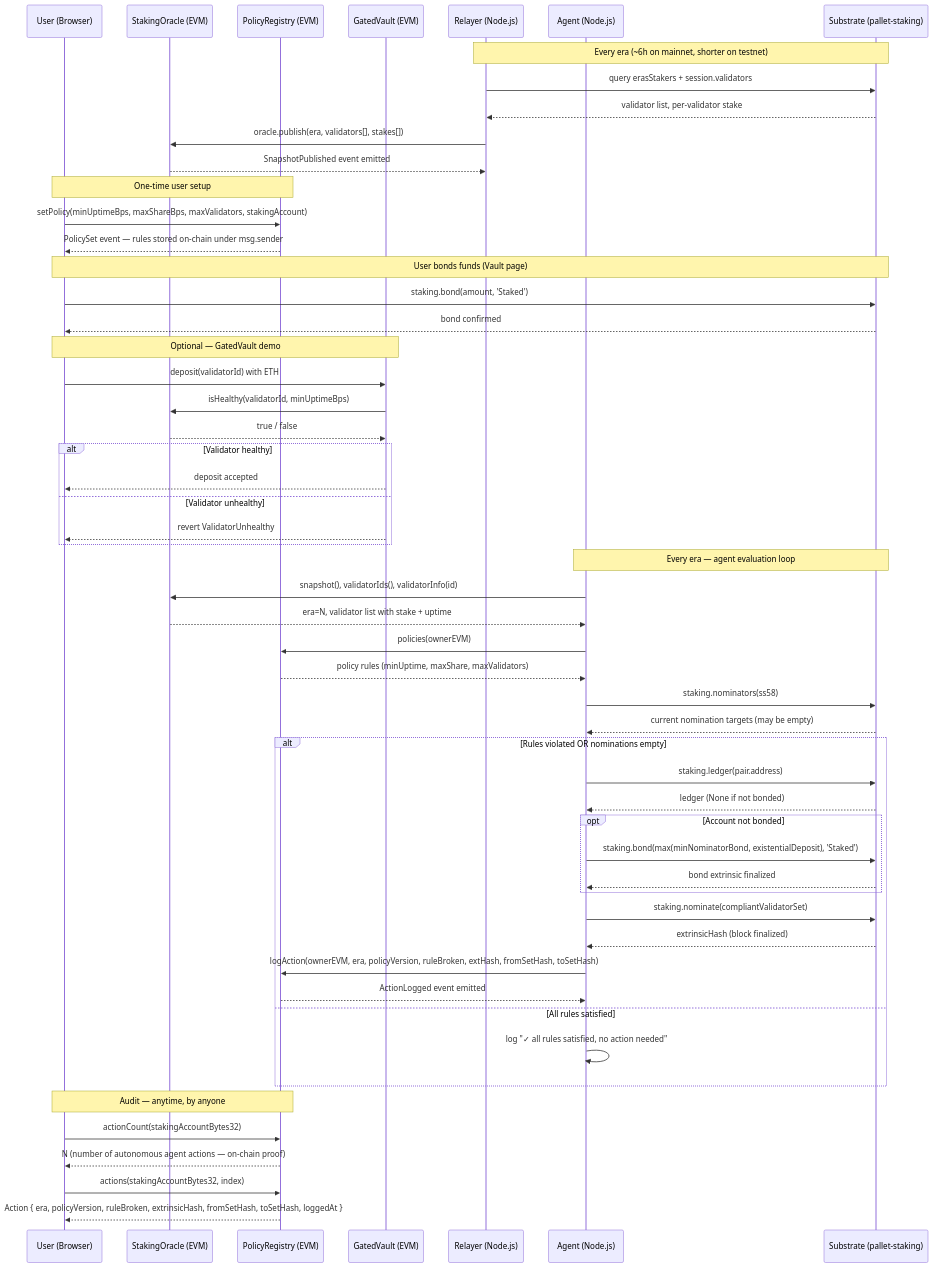
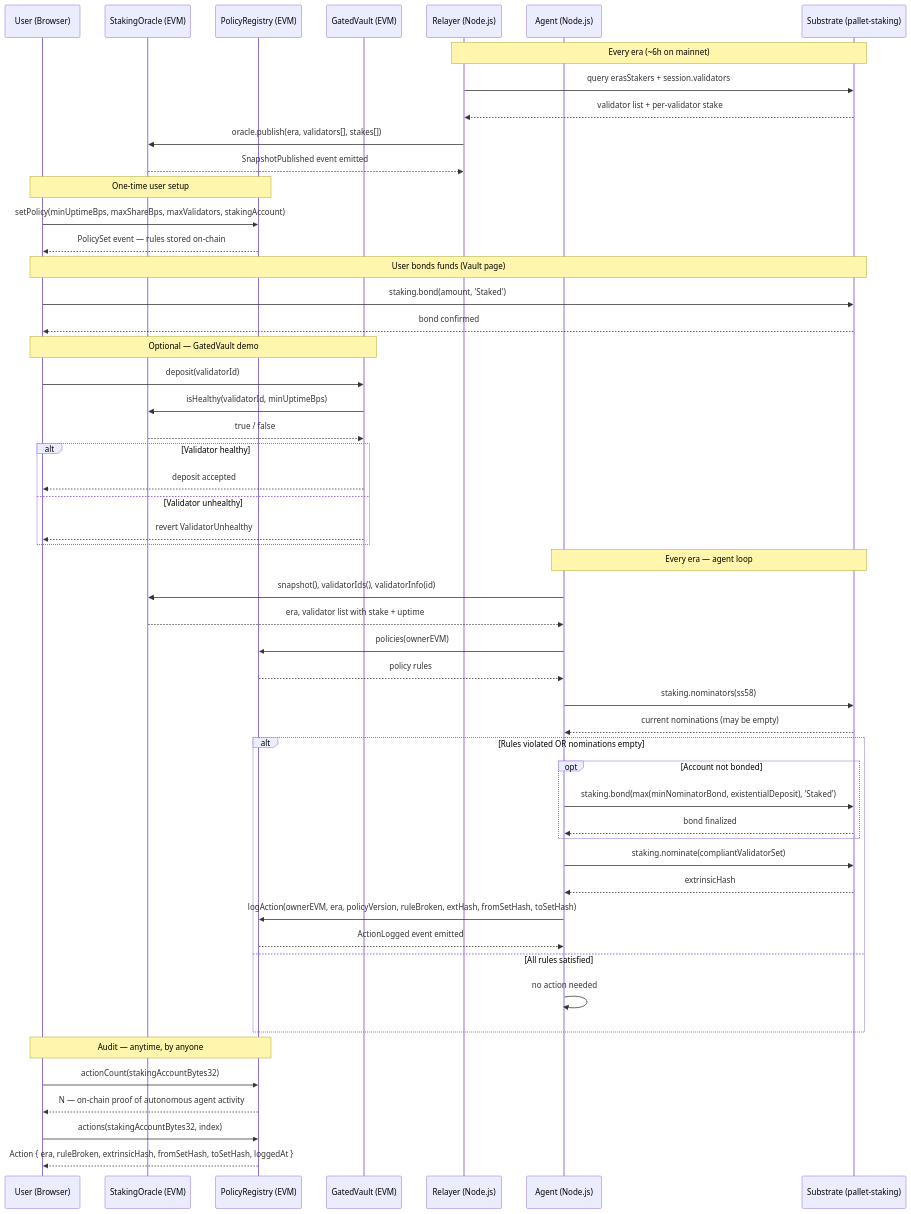
Before and after one commit to Suganthan96/Potake: the diagram in README.md, drawn with Mermaid. The commit also changed other lines of this file, not shown here.

First line of the commit message:
docs(readme): 3-line intro, narrative problem with sources, flowing structure

````diff
--- a/README.md
+++ b/README.md
@@ -161,66 +101,61 @@
 ```mermaid
 sequenceDiagram
     participant U as User (Browser)
     participant OR as StakingOracle (EVM)
     participant RG as PolicyRegistry (EVM)
     participant GV as GatedVault (EVM)
     participant Rel as Relayer (Node.js)
     participant Agt as Agent (Node.js)
     participant Sub as Substrate (pallet-staking)
 
-    Note over Rel,Sub: Every era (~6h on mainnet, shorter on testnet)
+    Note over Rel,Sub: Every era (~6h on mainnet)
     Rel->>Sub: query erasStakers + session.validators
-    Sub-->>Rel: validator list, per-validator stake
+    Sub-->>Rel: validator list + per-validator stake
     Rel->>OR: oracle.publish(era, validators[], stakes[])
     OR-->>Rel: SnapshotPublished event emitted
 
     Note over U,RG: One-time user setup
     U->>RG: setPolicy(minUptimeBps, maxShareBps, maxValidators, stakingAccount)
-    RG-->>U: PolicySet event — rules stored on-chain under msg.sender
+    RG-->>U: PolicySet event — rules stored on-chain
 
     Note over U,Sub: User bonds funds (Vault page)
     U->>Sub: staking.bond(amount, 'Staked')
     Sub-->>U: bond confirmed
 
     Note over U,GV: Optional — GatedVault demo
-    U->>GV: deposit(validatorId) with ETH
+    U->>GV: deposit(validatorId)
     GV->>OR: isHealthy(validatorId, minUptimeBps)
     OR-->>GV: true / false
     alt Validator healthy
         GV-->>U: deposit accepted
     else Validator unhealthy
         GV-->>U: revert ValidatorUnhealthy
     end
 
-    Note over Agt,Sub: Every era — agent evaluation loop
+    Note over Agt,Sub: Every era — agent loop
     Agt->>OR: snapshot(), validatorIds(), validatorInfo(id)
-    OR-->>Agt: era=N, validator list with stake + uptime
+    OR-->>Agt: era, validator list with stake + uptime
     Agt->>RG: policies(ownerEVM)
-    RG-->>Agt: policy rules (minUptime, maxShare, maxValidators)
+    RG-->>Agt: policy rules
     Agt->>Sub: staking.nominators(ss58)
-    Sub-->>Agt: current nomination targets (may be empty)
+    Sub-->>Agt: current nominations (may be empty)
 
     alt Rules violated OR nominations empty
-        Agt->>Sub: staking.ledger(pair.address)
-        Sub-->>Agt: ledger (None if not bonded)
-
         opt Account not bonded
             Agt->>Sub: staking.bond(max(minNominatorBond, existentialDeposit), 'Staked')
-            Sub-->>Agt: bond extrinsic finalized
+            Sub-->>Agt: bond finalized
         end
-
         Agt->>Sub: staking.nominate(compliantValidatorSet)
-        Sub-->>Agt: extrinsicHash (block finalized)
+        Sub-->>Agt: extrinsicHash
         Agt->>RG: logAction(ownerEVM, era, policyVersion, ruleBroken, extHash, fromSetHash, toSetHash)
         RG-->>Agt: ActionLogged event emitted
-
     else All rules satisfied
-        Agt->>Agt: log "✓ all rules satisfied, no action needed"
+        Agt->>Agt: no action needed
     end
 
     Note over U,RG: Audit — anytime, by anyone
     U->>RG: actionCount(stakingAccountBytes32)
-    RG-->>U: N (number of autonomous agent actions — on-chain proof)
+    RG-->>U: N — on-chain proof of autonomous agent activity
     U->>RG: actions(stakingAccountBytes32, index)
-    RG-->>U: Action { era, policyVersion, ruleBroken, extrinsicHash, fromSetHash, toSetHash, loggedAt }
+    RG-->>U: Action { era, ruleBroken, extrinsicHash, fromSetHash, toSetHash, loggedAt }
 ```
````
